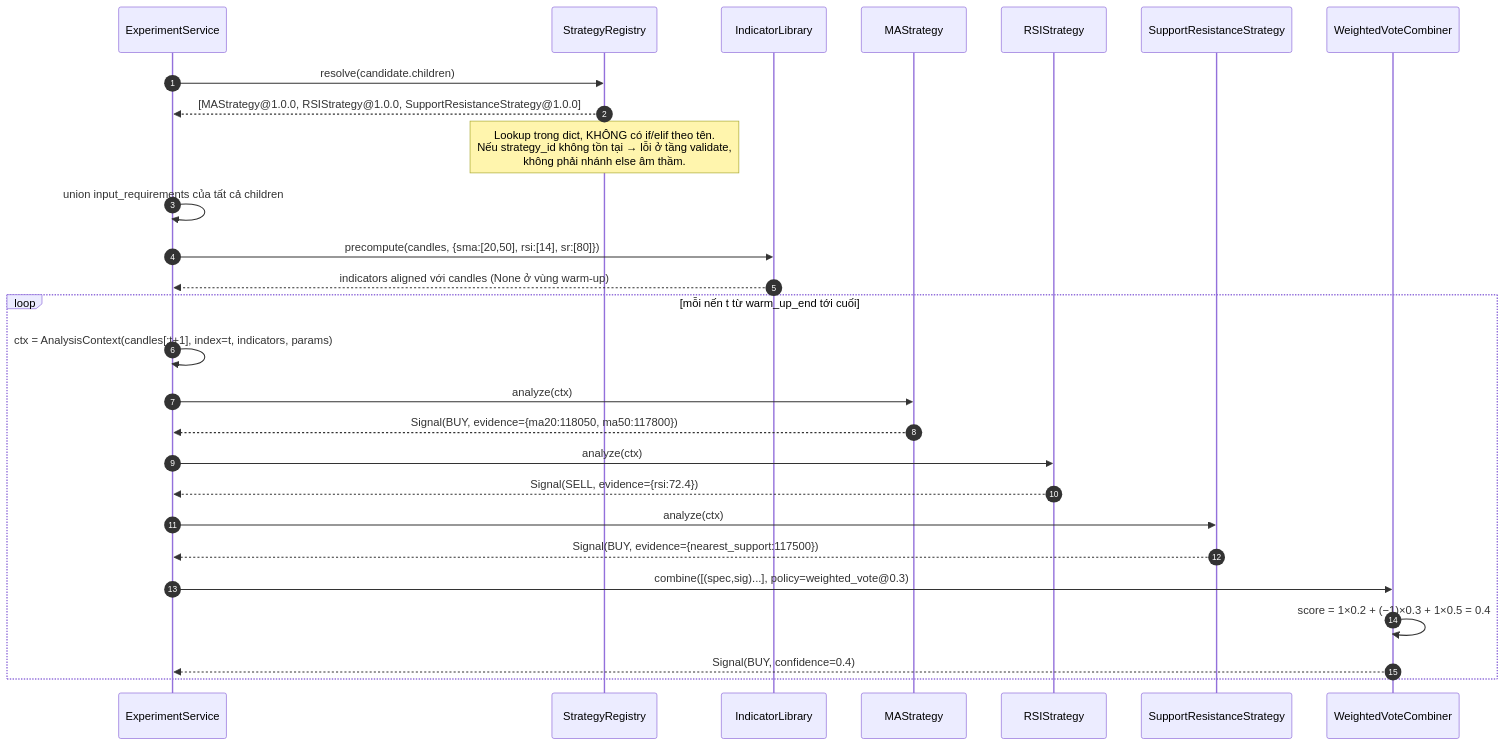
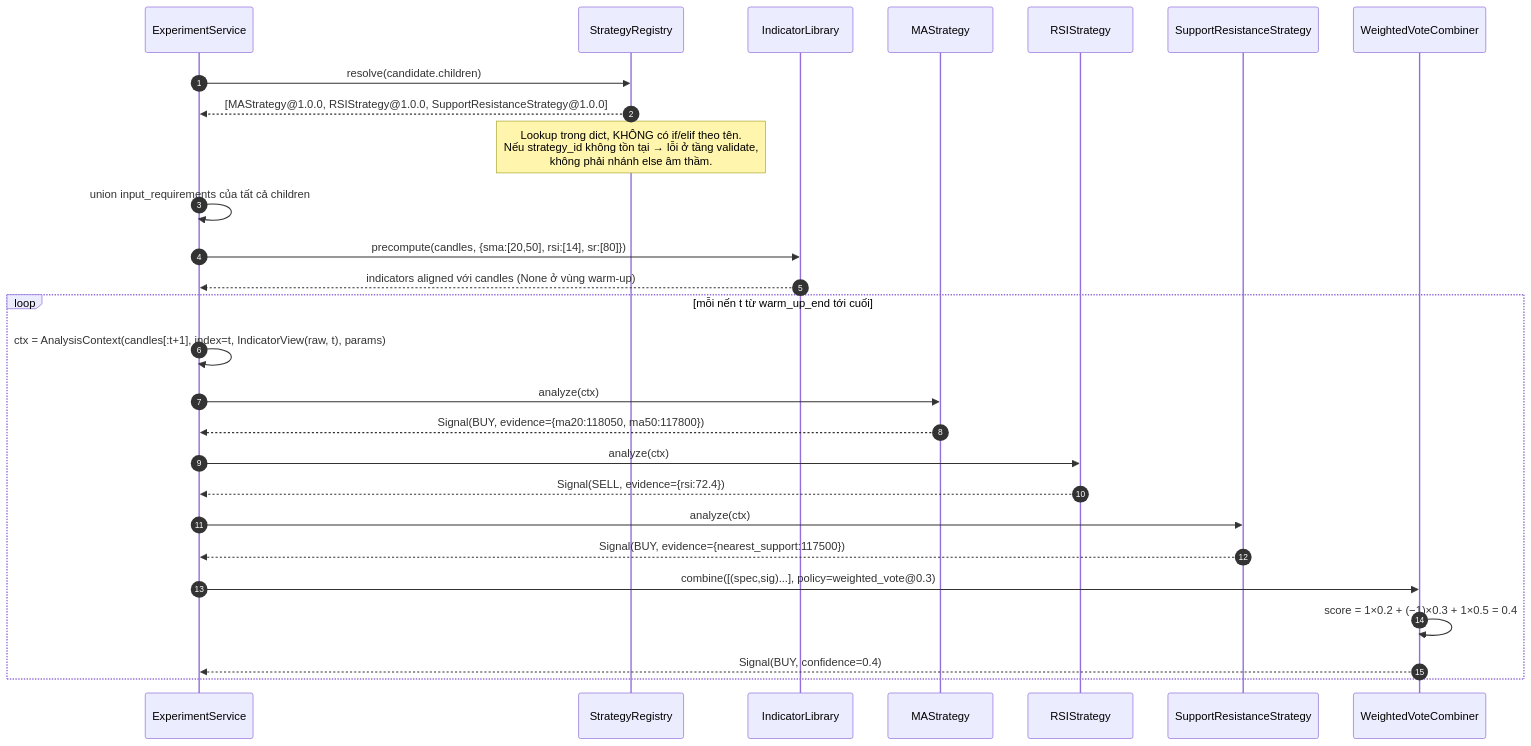
One commit to EnsoTech-Studio/CryptoBot changed the tenth of 15 diagrams in blueprint/design.md. Above: the diagram before and after it, drawn with Mermaid. The commit also changed other lines of this file and 30 other files, not shown here.

````diff
--- a/blueprint/design.md
+++ b/blueprint/design.md
@@ -1889,32 +2052,32 @@
 ```mermaid
 sequenceDiagram
     autonumber
     participant EXS as ExperimentService
     participant REG as StrategyRegistry
     participant IND as IndicatorLibrary
     participant MA as MAStrategy
     participant RSI as RSIStrategy
     participant SR as SupportResistanceStrategy
     participant CMB as WeightedVoteCombiner
 
     EXS->>REG: resolve(candidate.children)
     REG-->>EXS: [MAStrategy@1.0.0, RSIStrategy@1.0.0, SupportResistanceStrategy@1.0.0]
     Note over REG: Lookup trong dict, KHÔNG có if/elif theo tên.<br/>Nếu strategy_id không tồn tại → lỗi ở tầng validate,<br/>không phải nhánh else âm thầm.
 
     EXS->>EXS: union input_requirements của tất cả children
     EXS->>IND: precompute(candles, {sma:[20,50], rsi:[14], sr:[80]})
     IND-->>EXS: indicators aligned với candles (None ở vùng warm-up)
 
     loop mỗi nến t từ warm_up_end tới cuối
-        EXS->>EXS: ctx = AnalysisContext(candles[:t+1], index=t, indicators, params)
+        EXS->>EXS: ctx = AnalysisContext(candles[:t+1], index=t, IndicatorView(raw, t), params)
         EXS->>MA: analyze(ctx)
         MA-->>EXS: Signal(BUY, evidence={ma20:118050, ma50:117800})
         EXS->>RSI: analyze(ctx)
         RSI-->>EXS: Signal(SELL, evidence={rsi:72.4})
         EXS->>SR: analyze(ctx)
         SR-->>EXS: Signal(BUY, evidence={nearest_support:117500})
         EXS->>CMB: combine([(spec,sig)...], policy=weighted_vote@0.3)
         CMB->>CMB: score = 1×0.2 + (−1)×0.3 + 1×0.5 = 0.4
         CMB-->>EXS: Signal(BUY, confidence=0.4)
     end
 ```
````
